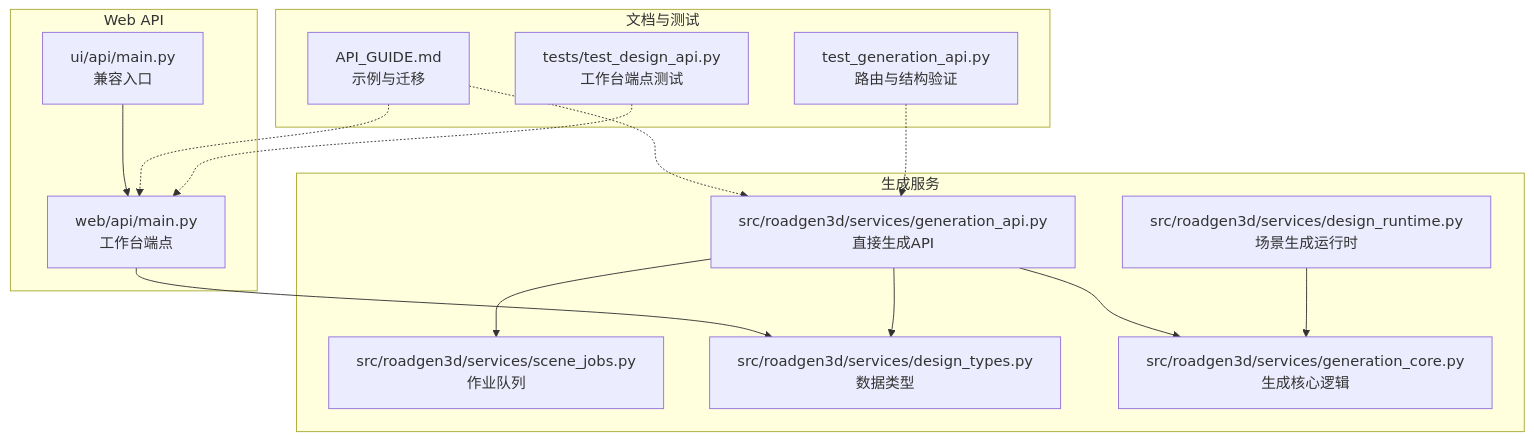
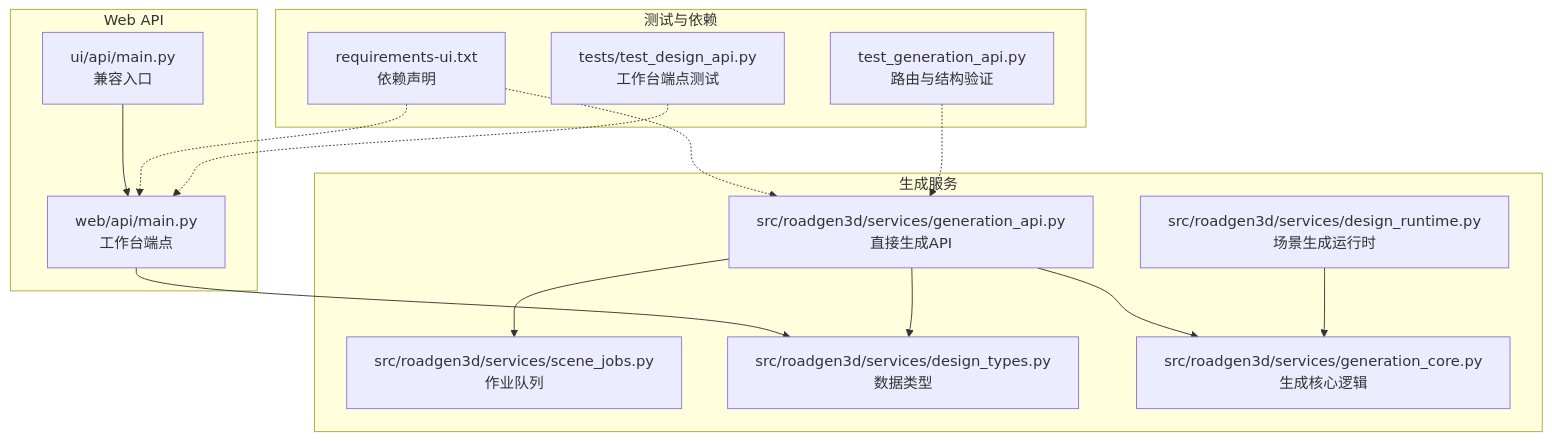
One commit to wsqstar/RoadGen3D changed the first of 10 diagrams in .qoder/repowiki/zh/content/API接口参考/API接口参考.md. Above: the diagram before and after it, drawn with Mermaid. The commit also changed other lines of this file and 10 other files, not shown here.

First line of the commit message:
docs(architecture): update system architecture with OSM and POI integration

````diff
--- a/.qoder/repowiki/zh/content/API接口参考/API接口参考.md
+++ b/.qoder/repowiki/zh/content/API接口参考/API接口参考.md
@@ -54,29 +52,29 @@
 ```mermaid
 graph TB
 subgraph "Web API"
 WA["web/api/main.py<br/>工作台端点"]
 UA["ui/api/main.py<br/>兼容入口"]
 end
 subgraph "生成服务"
 GA["src/roadgen3d/services/generation_api.py<br/>直接生成API"]
 SJ["src/roadgen3d/services/scene_jobs.py<br/>作业队列"]
 DT["src/roadgen3d/services/design_types.py<br/>数据类型"]
 DR["src/roadgen3d/services/design_runtime.py<br/>场景生成运行时"]
 GC["src/roadgen3d/services/generation_core.py<br/>生成核心逻辑"]
 end
-subgraph "文档与测试"
-DG["API_GUIDE.md<br/>示例与迁移"]
+subgraph "测试与依赖"
+REQ["requirements-ui.txt<br/>依赖声明"]
 TG["test_generation_api.py<br/>路由与结构验证"]
 TD["tests/test_design_api.py<br/>工作台端点测试"]
 end
 UA --> WA
 WA --> DT
 GA --> DT
 GA --> SJ
 GA --> GC
 DR --> GC
-DG -.-> WA
-DG -.-> GA
+REQ -.-> WA
+REQ -.-> GA
 TG -.-> GA
 TD -.-> WA
 ```
````
